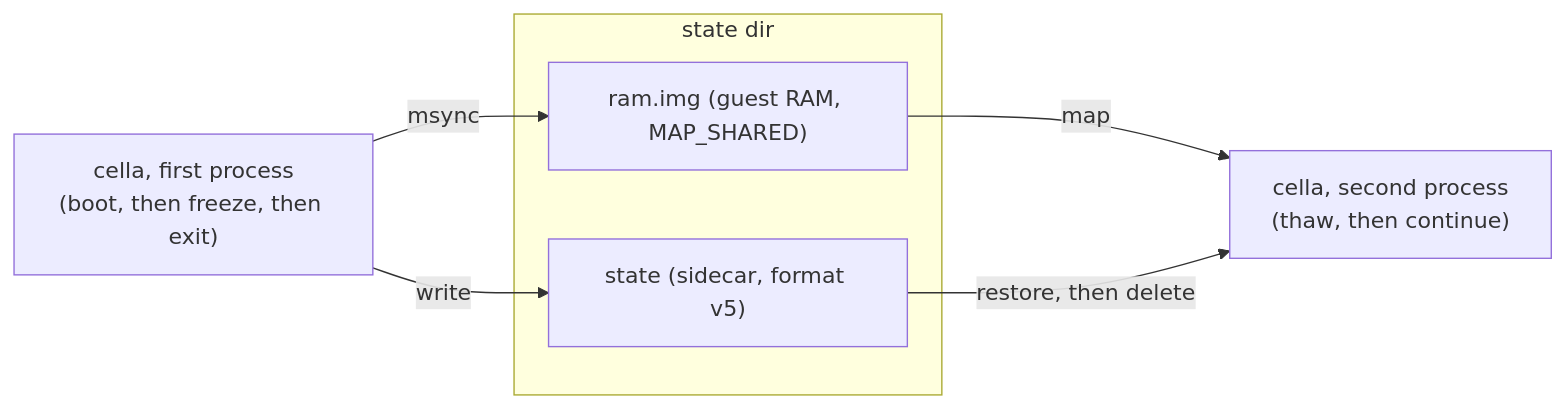
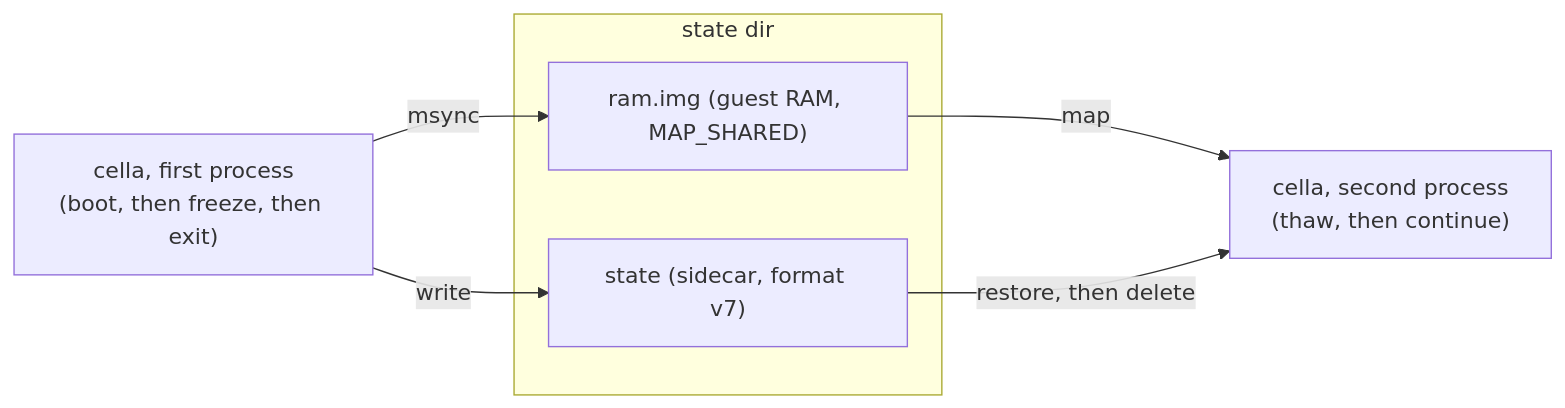
One commit to omne-earth/cella changed the second of 7 diagrams in docs/FREEZE-THAW.md. Above: the diagram before and after it, drawn with Mermaid. The commit also changed other lines of this file and 4 other files, not shown here.

````diff
--- a/docs/FREEZE-THAW.md
+++ b/docs/FREEZE-THAW.md
@@ -80,11 +80,11 @@
 ```mermaid
 flowchart LR
     C1["cella, first process<br/>(boot, then freeze, then exit)"] -->|"msync"| RAM
     C1 -->|"write"| SC
     subgraph state["state dir"]
         RAM["ram.img (guest RAM, MAP_SHARED)"]
-        SC["state (sidecar, format v5)"]
+        SC["state (sidecar, format v7)"]
     end
     RAM -->|"map"| C2["cella, second process<br/>(thaw, then continue)"]
     SC -->|"restore, then delete"| C2
 ```
````
